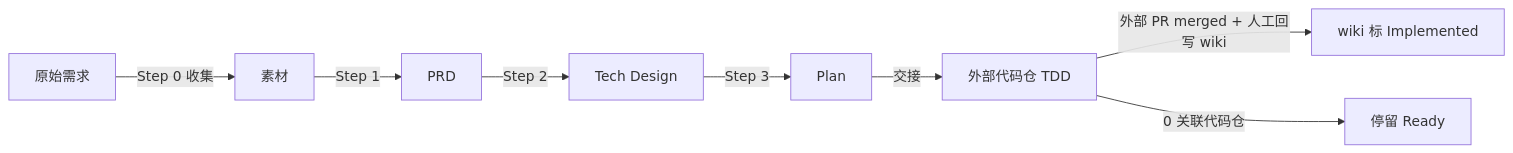
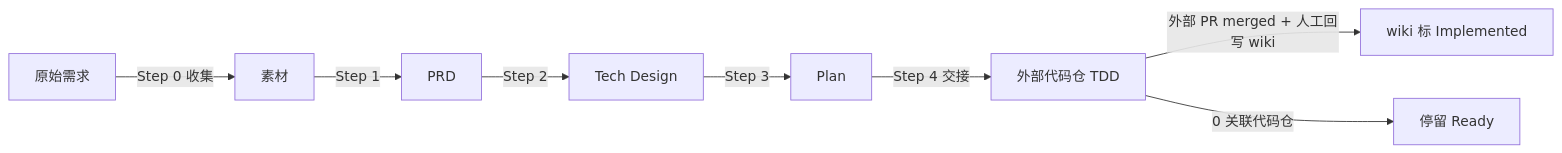
The second of 3 diagrams in HOW_TO_USE.md (vanpipy/SSD-Template), drawn with Mermaid before and after one commit. The commit also changed other lines of this file and 92 other files, not shown here.

````diff
--- a/HOW_TO_USE.md
+++ b/HOW_TO_USE.md
@@ -177,10 +184,10 @@
 ```mermaid
 flowchart LR
     A[原始需求] -->|Step 0 收集| B[素材]
     B -->|Step 1| C[PRD]
     C -->|Step 2| D[Tech Design]
     D -->|Step 3| E[Plan]
-    E -->|交接| F[外部代码仓 TDD]
+    E -->|Step 4 交接| F[外部代码仓 TDD]
     F -->|外部 PR merged + 人工回写 wiki| G[wiki 标 Implemented]
     F -->|0 关联代码仓| H[停留 Ready]
 ```
````
